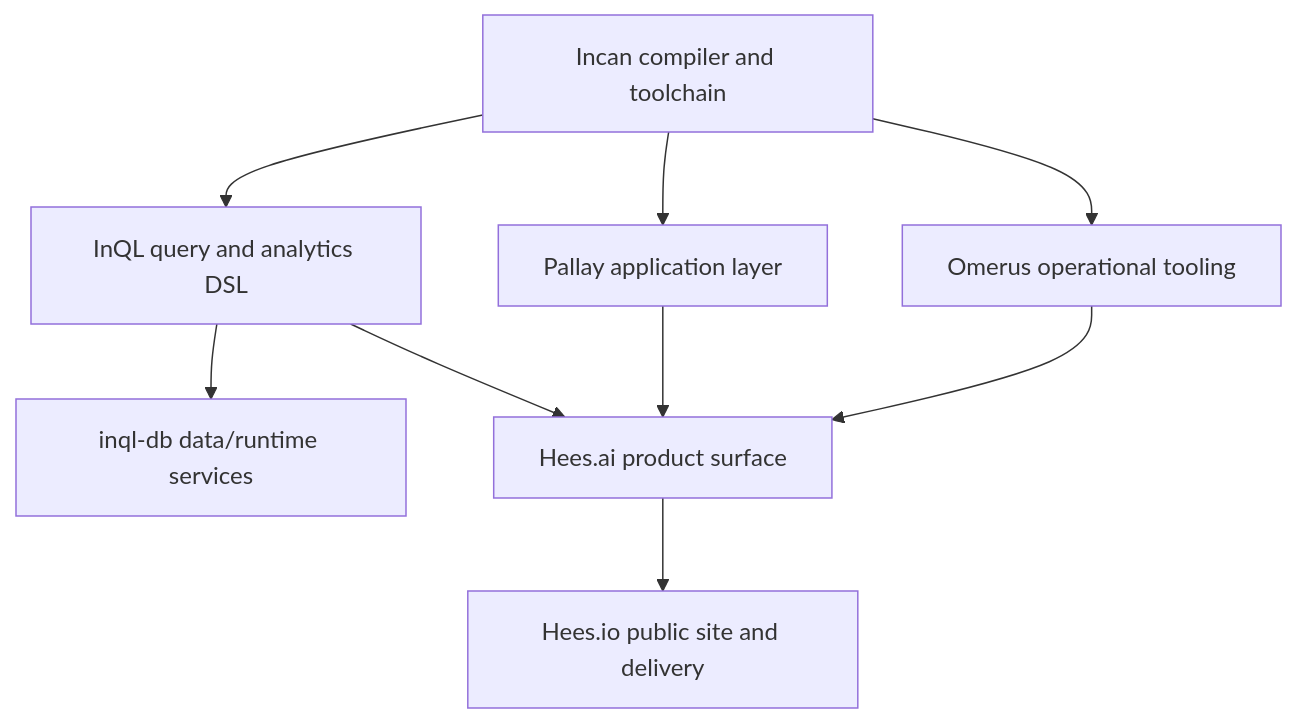
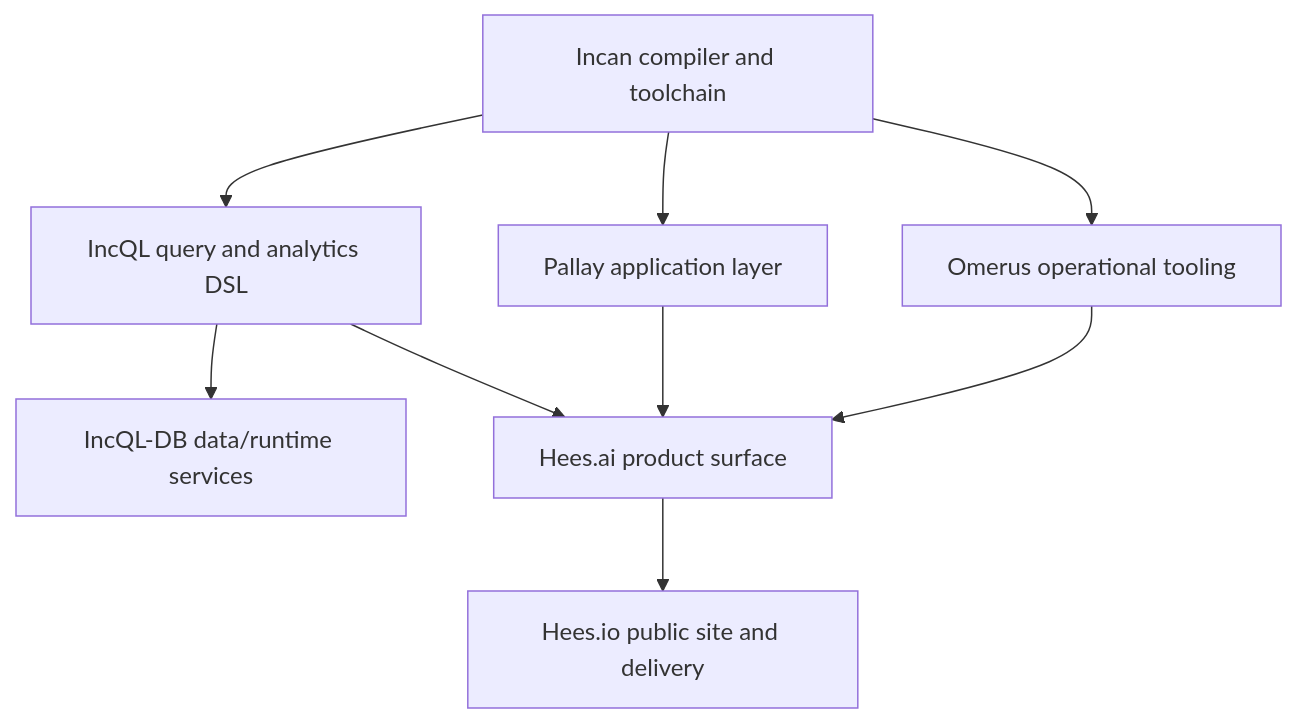
The diagram in workspaces/docs-site/docs/start_here/encero_stack.md (encero-systems/incan), drawn with Mermaid before and after one commit. The commit also changed other lines of this file and 189 other files, not shown here.

````diff
--- a/workspaces/docs-site/docs/start_here/encero_stack.md
+++ b/workspaces/docs-site/docs/start_here/encero_stack.md
@@ -5,19 +5,19 @@
 ```mermaid
 flowchart TD
     Incan["Incan compiler and toolchain"]
-    InQL["InQL query and analytics DSL"]
+    IncQL["IncQL query and analytics DSL"]
     Pallay["Pallay application layer"]
     Omerus["Omerus operational tooling"]
-    InqlDb["inql-db data/runtime services"]
+    IncqlDb["IncQL-DB data/runtime services"]
     HeesAI["Hees.ai product surface"]
     HeesIO["Hees.io public site and delivery"]
 
-    Incan --> InQL
+    Incan --> IncQL
     Incan --> Pallay
     Incan --> Omerus
-    InQL --> InqlDb
-    InQL --> HeesAI
+    IncQL --> IncqlDb
+    IncQL --> HeesAI
     Pallay --> HeesAI
     Omerus --> HeesAI
     HeesAI --> HeesIO
 ```
````
